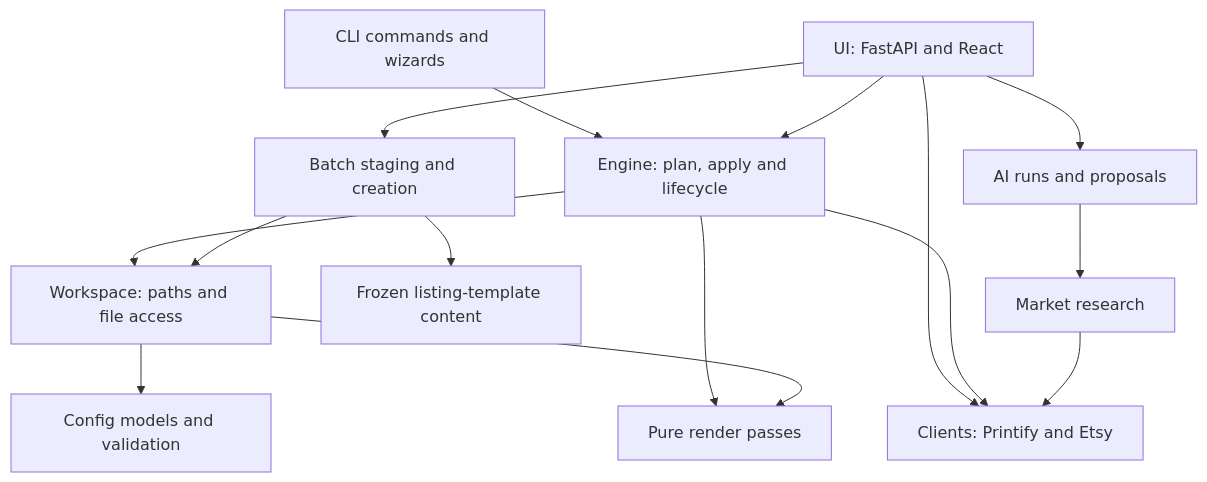
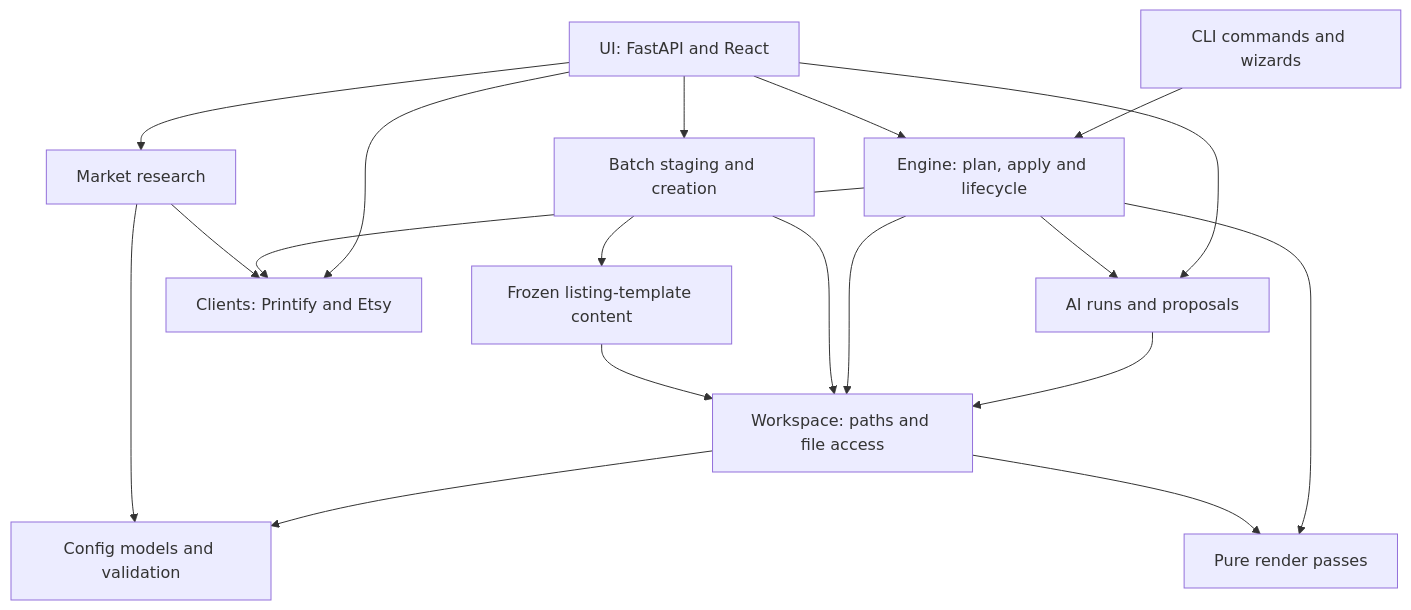
One commit to eli-jordan/etsy-listing-automation changed the first of 5 diagrams in docs/architecture.md. Above: the diagram before and after it, drawn with Mermaid. The commit also changed other lines of this file and 45 other files, not shown here.

Commit message:
Fix selected architecture findings and document current application

````diff
--- a/docs/architecture.md
+++ b/docs/architecture.md
@@ -10,17 +43,21 @@
 ```mermaid
 graph TD
     CLI[CLI commands and wizards] --> ENGINE[Engine: plan, apply and lifecycle]
     UI[UI: FastAPI and React] --> ENGINE
     UI --> AI[AI runs and proposals]
-    AI --> MARKET[Market research]
+    UI --> MARKET[Market research]
+    AI --> WORKSPACE
     UI --> BATCHES[Batch staging and creation]
     UI --> CLIENTS
     BATCHES --> TEMPLATES[Frozen listing-template content]
     ENGINE --> WORKSPACE[Workspace: paths and file access]
     ENGINE --> CLIENTS[Clients: Printify and Etsy]
     ENGINE --> RENDER[Pure render passes]
     MARKET --> CLIENTS
     BATCHES --> WORKSPACE
     WORKSPACE --> CONFIG[Config models and validation]
     WORKSPACE --> RENDER
+    ENGINE --> AI
+    TEMPLATES --> WORKSPACE
+    MARKET --> CONFIG
 ```
````
